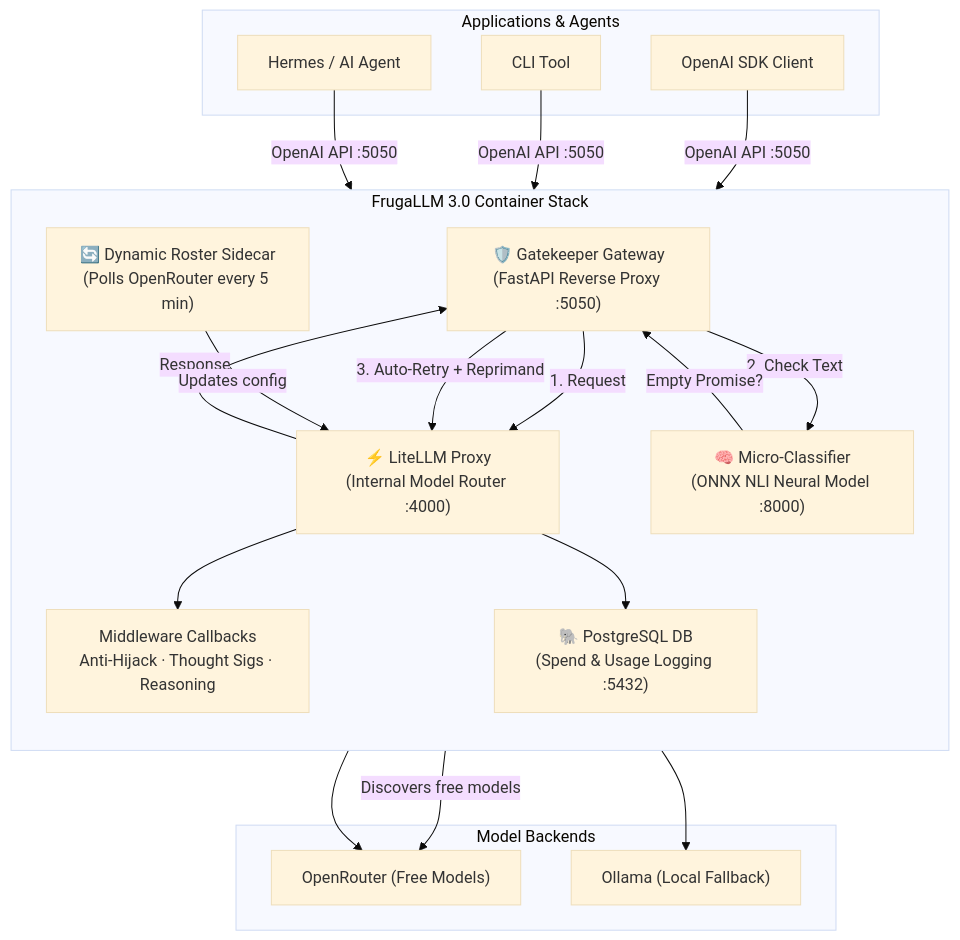
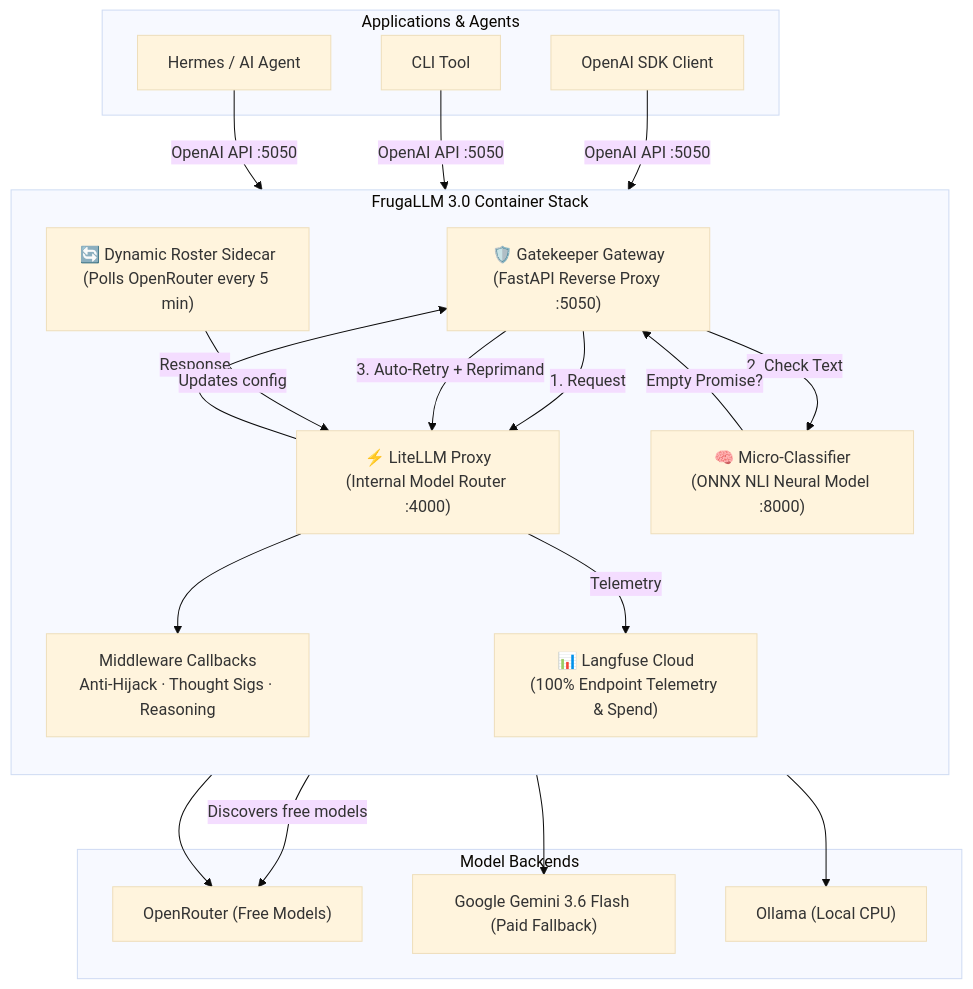
One commit to chorned/frugaLLM changed the diagram in README.md. Above: the diagram before and after it, drawn with Mermaid (base theme). The commit also changed other lines of this file and 8 other files, not shown here.

````diff
--- a/README.md
+++ b/README.md
@@ -36,34 +38,35 @@
 ```mermaid
 flowchart TB
     subgraph Clients["Applications & Agents"]
         A[Hermes / AI Agent]
         B[CLI Tool]
         C[OpenAI SDK Client]
     end
 
     subgraph FrugaLLM["FrugaLLM 3.0 Container Stack"]
         direction TB
         GK["🛡️ Gatekeeper Gateway<br/>(FastAPI Reverse Proxy :5050)"]
         CL["🧠 Micro-Classifier<br/>(ONNX NLI Neural Model :8000)"]
         LLM["⚡ LiteLLM Proxy<br/>(Internal Model Router :4000)"]
         MW["Middleware Callbacks<br/>Anti-Hijack · Thought Sigs · Reasoning"]
         SC["🔄 Dynamic Roster Sidecar<br/>(Polls OpenRouter every 5 min)"]
-        DB["🐘 PostgreSQL DB<br/>(Spend & Usage Logging :5432)"]
+        LF["📊 Langfuse Cloud<br/>(100% Endpoint Telemetry & Spend)"]
     end
 
     subgraph Backends["Model Backends"]
         OR["OpenRouter (Free Models)"]
-        OL["Ollama (Local Fallback)"]
+        GEM["Google Gemini 3.6 Flash (Paid Fallback)"]
+        OL["Ollama (Local CPU)"]
     end
 
     A & B & C -->|OpenAI API :5050| GK
     GK -->|1. Request| LLM
-    LLM --> MW --> OR & OL
+    LLM --> MW --> OR & GEM & OL
+    LLM -->|Telemetry| LF
     LLM -->|Response| GK
     GK -->|2. Check Text| CL
     CL -->|Empty Promise?| GK
     GK -->|3. Auto-Retry + Reprimand| LLM
     SC -->|Discovers free models| OR
     SC -->|Updates config| LLM
-    LLM --> DB
 ```
````
